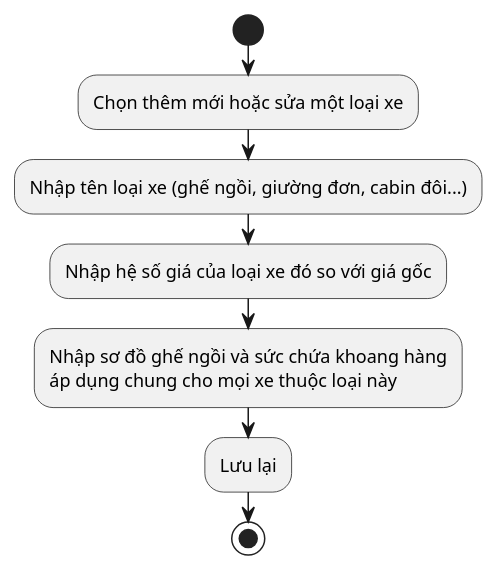
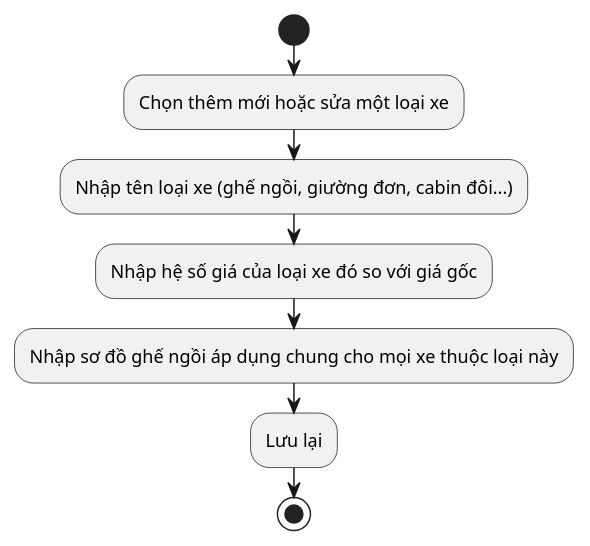
One commit to nguyenvietanhit19/Project1_HeThongQuanLyNhaXeKhachLienTinh changed diagram 41 of 52 in UML_DIAGRAMS.md. Above: the diagram before and after it, drawn with PlantUML. The commit also changed other lines of this file and 4 other files, not shown here.

````diff
--- a/UML_DIAGRAMS.md
+++ b/UML_DIAGRAMS.md
@@ -925,11 +1009,11 @@
 ```plantuml
 @startuml AD_UC32_QuanLyLoaiXe
 start
 :Chọn thêm mới hoặc sửa một loại xe;
 :Nhập tên loại xe (ghế ngồi, giường đơn, cabin đôi...);
 :Nhập hệ số giá của loại xe đó so với giá gốc;
-:Nhập sơ đồ ghế ngồi và sức chứa khoang hàng\náp dụng chung cho mọi xe thuộc loại này;
+:Nhập sơ đồ ghế ngồi áp dụng chung cho mọi xe thuộc loại này;
 :Lưu lại;
 stop
 @enduml
 ```
````
